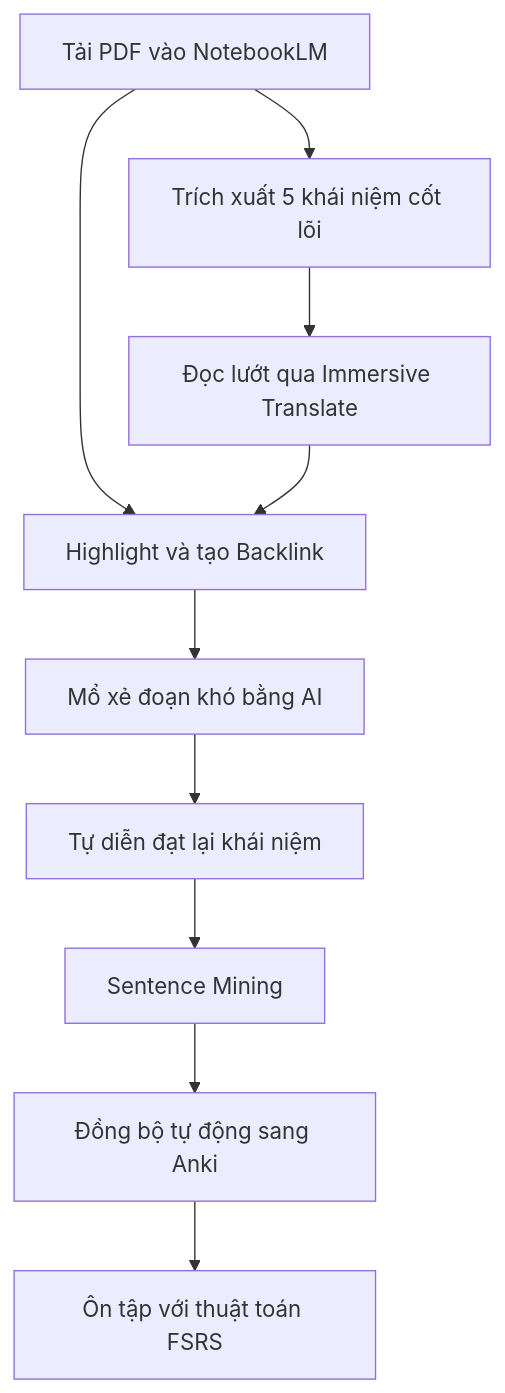
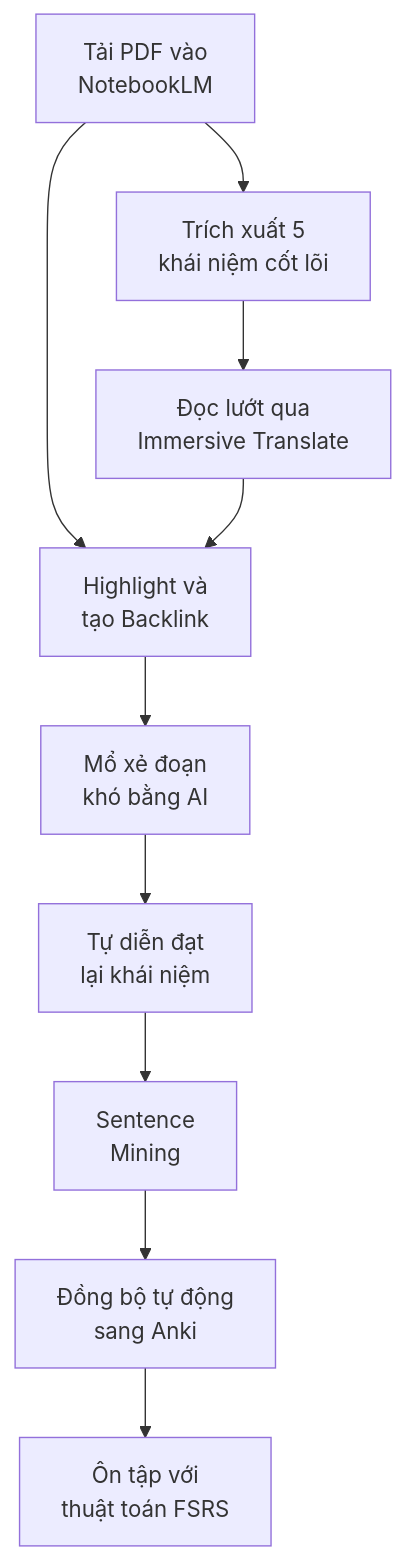
Before and after one commit to nguyengoctin/my_website: the diagram in content/posts/he-thong-phuong-phap-doc-tai-lieu-it-ai-voi-ai-va-srs.md, drawn with Mermaid. The commit also changed 3 other files, not shown here.

````diff
--- a/content/posts/he-thong-phuong-phap-doc-tai-lieu-it-ai-voi-ai-va-srs.md
+++ b/content/posts/he-thong-phuong-phap-doc-tai-lieu-it-ai-voi-ai-va-srs.md
@@ -163,21 +163,21 @@
 ```mermaid
 flowchart TD
-    A1["`Tải PDF vào NotebookLM`"]
-    A2["`Trích xuất 5 khái niệm cốt lõi`"]
-    A3["`Đọc lướt qua Immersive Translate`"]
-    B1["`Highlight và tạo Backlink`"]
-    B2["`Mổ xẻ đoạn khó bằng AI`"]
-    B3["`Tự diễn đạt lại khái niệm`"]
-    C1["`Sentence Mining`"]
-    C2["`Đồng bộ tự động sang Anki`"]
-    C3["`Ôn tập với thuật toán FSRS`"]
+    A1["`Tải PDF vào<br/>NotebookLM`"]
+    A2["`Trích xuất 5<br/>khái niệm cốt lõi`"]
+    A3["`Đọc lướt qua<br/>Immersive Translate`"]
+    B1["`Highlight và<br/>tạo Backlink`"]
+    B2["`Mổ xẻ đoạn<br/>khó bằng AI`"]
+    B3["`Tự diễn đạt<br/>lại khái niệm`"]
+    C1["`Sentence<br/>Mining`"]
+    C2["`Đồng bộ tự động<br/>sang Anki`"]
+    C3["`Ôn tập với<br/>thuật toán FSRS`"]
     A1 --> A2
     A2 --> A3
     A1 --> B1
     A3 --> B1
     B1 --> B2
     B2 --> B3
     B3 --> C1
     C1 --> C2
     C2 --> C3
 ```
````
